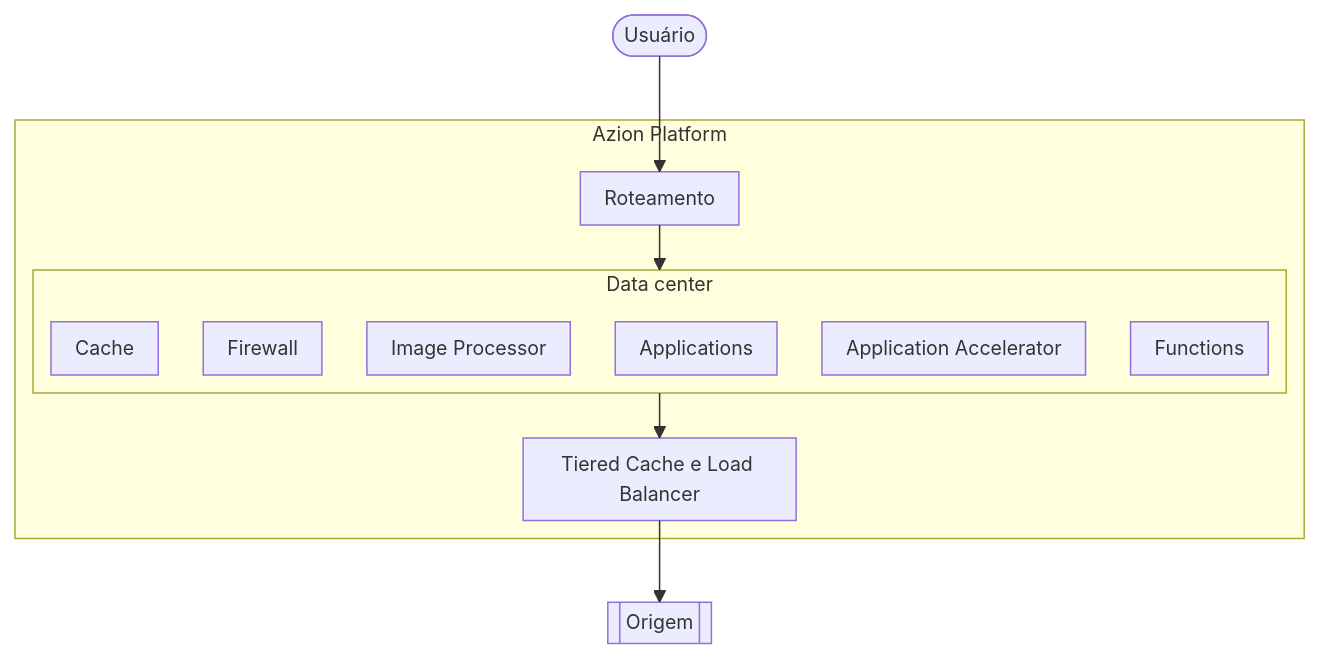
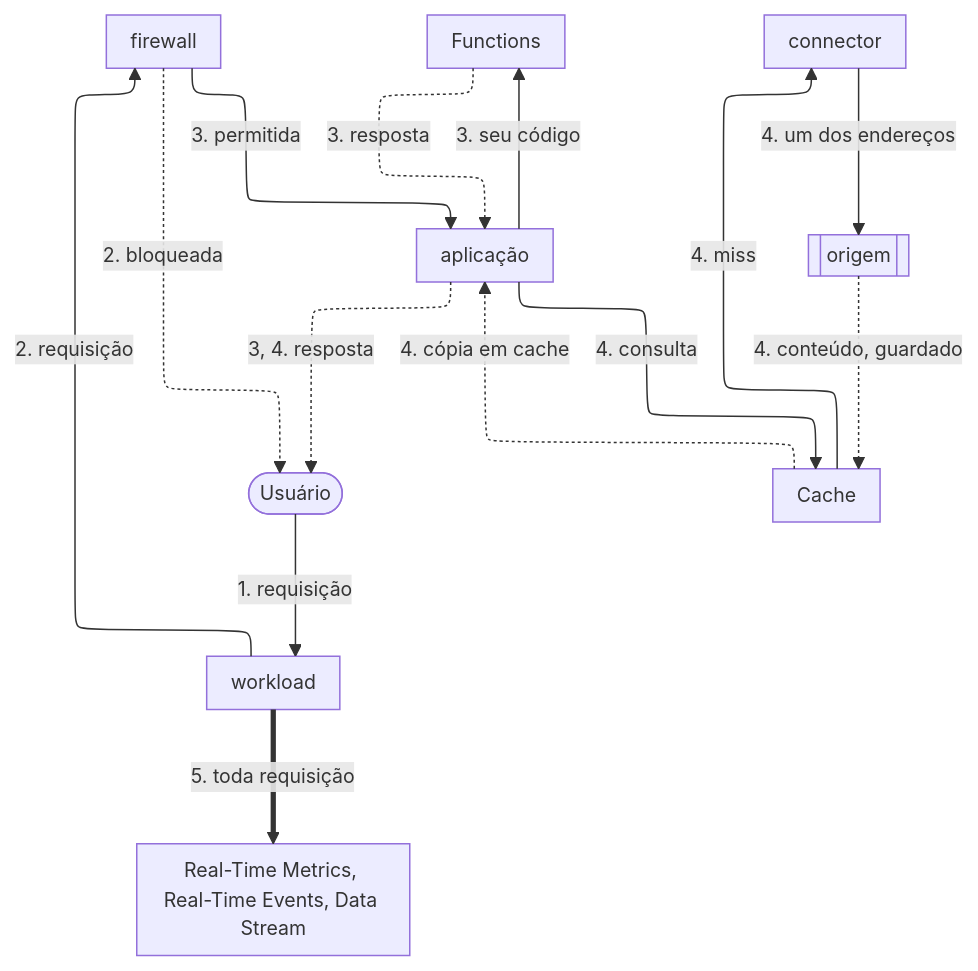
Before and after one commit to aziontech/docs: the diagram in apps/docs/src/content/docs/pt-br/pages/menu-principal/ponto-de-partida/visao-geral-da-azion.mdx, drawn with Mermaid. The commit also changed other lines of this file and 1 other file, not shown here.

Commit message:
docs(fundamentals): redraw the request path in How Azion works
The request path diagram drew six unconnected nodes inside a data center
subgraph, so it rendered tiny and showed neither the workload nor the
way back. It now follows the use-case convention: top to bottom, the
workload first, dotted return arrows, numbered labels that match the
steps under it.

Also rewords the opening sentence, the Our Network link (the page does
not list data centers), the standalone resources table row, and the
What you can build intro, in English and Portuguese.

Also moves the custom page set from the Application row to the Workload
row, because the workload deployment names it, and phrases the
Standalone resources row like the other rows.

````diff
--- a/apps/docs/src/content/docs/pt-br/pages/menu-principal/ponto-de-partida/visao-geral-da-azion.mdx
+++ b/apps/docs/src/content/docs/pt-br/pages/menu-principal/ponto-de-partida/visao-geral-da-azion.mdx
@@ -31,18 +31,26 @@
 ```mermaid
-%%{init: {"layout": "elk", "themeVariables": {"fontSize": "13px"}, "flowchart": {"nodeSpacing": 24, "rankSpacing": 36, "padding": 8, "wrappingWidth": 150, "useMaxWidth": true}, "sequence": {"width": 120, "actorMargin": 30, "useMaxWidth": true}}}%%
+%%{init: {"layout": "elk", "elk": {"preset": "modelOrder", "keepEntryNodeOnTop": true, "cycleBreakingStrategy": "MODEL_ORDER"}, "themeVariables": {"fontSize": "13px"}, "flowchart": {"nodeSpacing": 24, "rankSpacing": 36, "padding": 8, "wrappingWidth": 150, "useMaxWidth": true}, "sequence": {"width": 120, "actorMargin": 30, "useMaxWidth": true}}}%%
 flowchart TD
-  user([Usuário]) --> routing[Roteamento]
-  subgraph platform [Azion Platform]
-    routing --> dc
-    subgraph dc [Data center]
-      firewall[Firewall]
-      applications[Applications]
-      cache[Cache]
-      accelerator[Application Accelerator]
-      functions[Functions]
-      image[Image Processor]
-    end
-    dc --> delivery[Tiered Cache e Load Balancer]
-  end
-  delivery --> origin[[Origem]]
+  User(["Usuário"])
+  Workload["workload"]
+  Firewall["firewall"]
+  App["aplicação"]
+  Functions["Functions"]
+  Cache["Cache"]
+  Conn["connector"]
+  Origin[["origem"]]
+  Observe["Real-Time Metrics, Real-Time Events, Data Stream"]
+  User -->|"1. requisição"| Workload
+  Workload -->|"2. requisição"| Firewall
+  Firewall -->|"3. permitida"| App
+  App -->|"3. seu código"| Functions
+  App -->|"4. consulta"| Cache
+  Cache -->|"4. miss"| Conn
+  Conn -->|"4. um dos endereços"| Origin
+  Firewall -.->|"2. bloqueada"| User
+  Functions -.->|"3. resposta"| App
+  Origin -.->|"4. conteúdo, guardado"| Cache
+  Cache -.->|"4. cópia em cache"| App
+  App -.->|"3, 4. resposta"| User
+  Workload ==>|"5. toda requisição"| Observe
 ```
````
